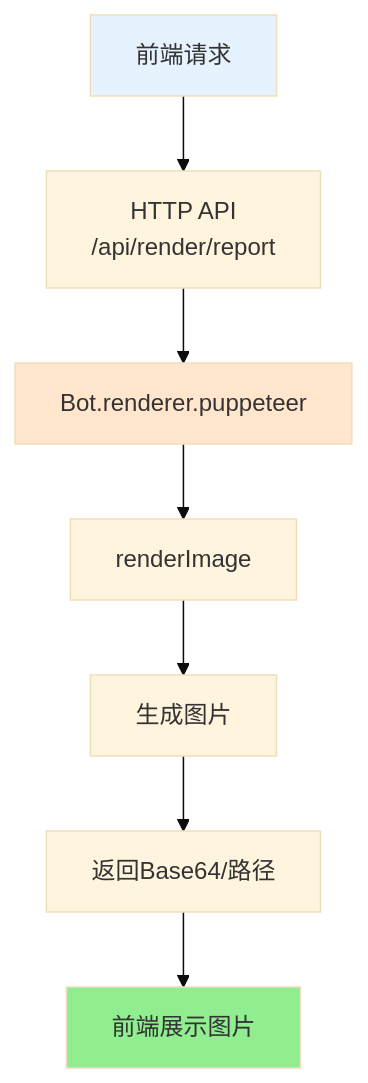
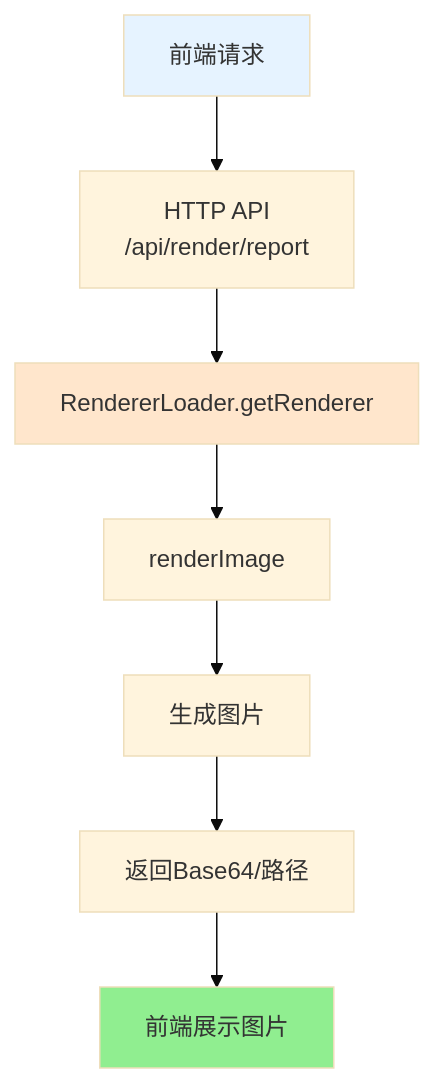
The seventh of 9 diagrams in docs/app-dev.md (sunflowermm/XRK-AGT), drawn with Mermaid (base theme) before and after one commit. The commit also changed other lines of this file and 13 other files, not shown here.

````diff
--- a/docs/app-dev.md
+++ b/docs/app-dev.md
@@ -226,13 +230,13 @@
 ```mermaid
 flowchart TB
     A[前端请求] --> B[HTTP API<br/>/api/render/report]
-    B --> C[Bot.renderer.puppeteer]
+    B --> C[RendererLoader.getRenderer]
     C --> D[renderImage]
     D --> E[生成图片]
     E --> F[返回Base64/路径]
     F --> G[前端展示图片]
     
     style A fill:#E6F3FF
     style C fill:#FFE6CC
     style G fill:#90EE90
 ```
````
